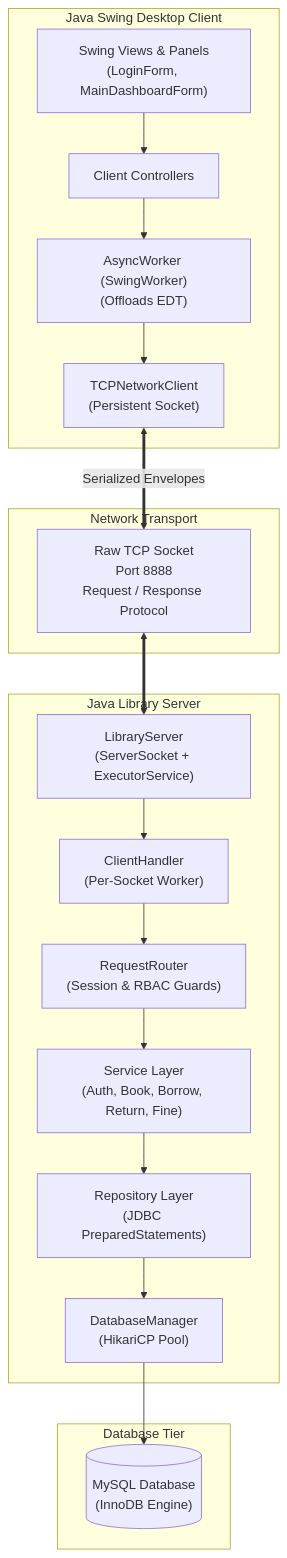
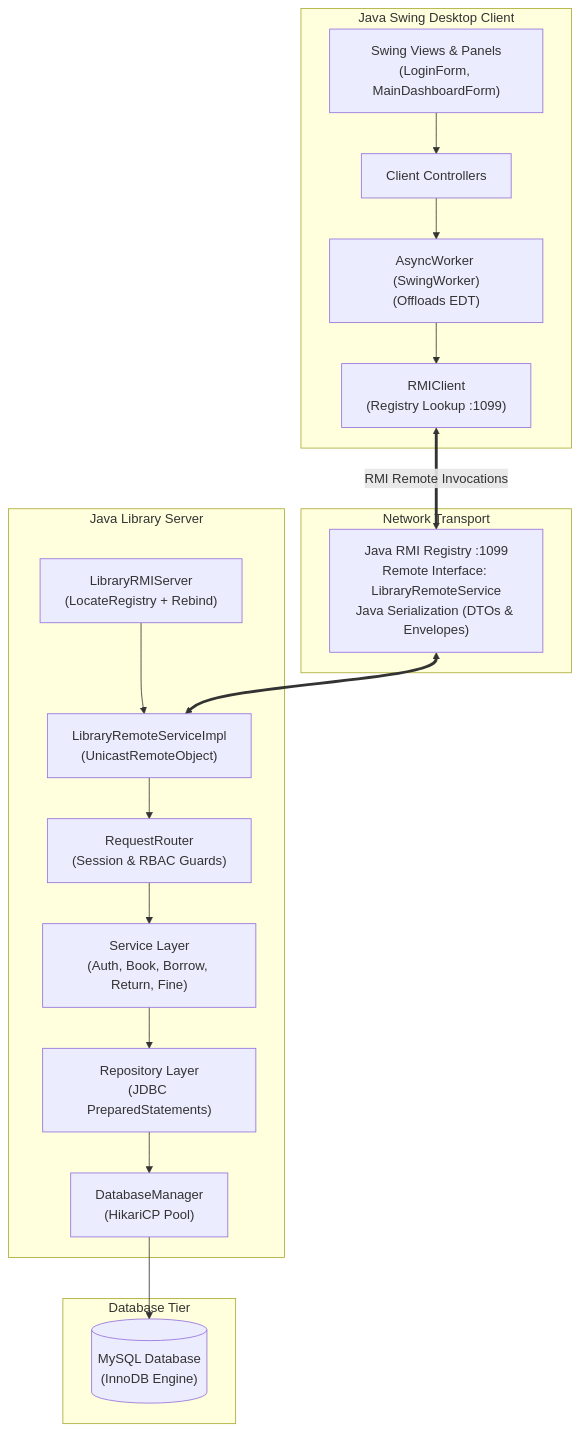
The diagram in README.md (thienle-c/school-library-management), drawn with Mermaid before and after one commit. The commit also changed other lines of this file and 12 other files, not shown here.

Commit message:
feat: implement Java RMI architecture with remote services, client network layer, and end-to-end integration tests

````diff
--- a/README.md
+++ b/README.md
@@ -83,32 +83,32 @@
 ```mermaid
 graph TD
     subgraph Client Tier ["Java Swing Desktop Client"]
         UI["Swing Views & Panels<br/>(LoginForm, MainDashboardForm)"]
         CC["Client Controllers"]
         AW["AsyncWorker (SwingWorker)<br/>(Offloads EDT)"]
-        TC["TCPNetworkClient<br/>(Persistent Socket)"]
-        UI --> CC --> AW --> TC
+        RC["RMIClient<br/>(Registry Lookup :1099)"]
+        UI --> CC --> AW --> RC
     end
 
     subgraph Transport ["Network Transport"]
-        Socket["Raw TCP Socket<br/>Port 8888<br/>Request / Response Protocol"]
+        RMI["Java RMI Registry :1099<br/>Remote Interface: LibraryRemoteService<br/>Java Serialization (DTOs & Envelopes)"]
     end
 
     subgraph Server Tier ["Java Library Server"]
-        LS["LibraryServer<br/>(ServerSocket + ExecutorService)"]
-        CH["ClientHandler<br/>(Per-Socket Worker)"]
+        LRS["LibraryRMIServer<br/>(LocateRegistry + Rebind)"]
+        RSI["LibraryRemoteServiceImpl<br/>(UnicastRemoteObject)"]
         RR["RequestRouter<br/>(Session & RBAC Guards)"]
         SL["Service Layer<br/>(Auth, Book, Borrow, Return, Fine)"]
         RL["Repository Layer<br/>(JDBC PreparedStatements)"]
         DM["DatabaseManager<br/>(HikariCP Pool)"]
 
-        LS --> CH --> RR --> SL --> RL --> DM
+        LRS --> RSI --> RR --> SL --> RL --> DM
     end
 
     subgraph Data Tier ["Database Tier"]
         DB[("MySQL Database<br/>(InnoDB Engine)")]
         DM --> DB
     end
 
-    TC <==>|Serialized Envelopes| Socket <==> LS
+    RC <==>|RMI Remote Invocations| RMI <==> RSI
 ```
````
